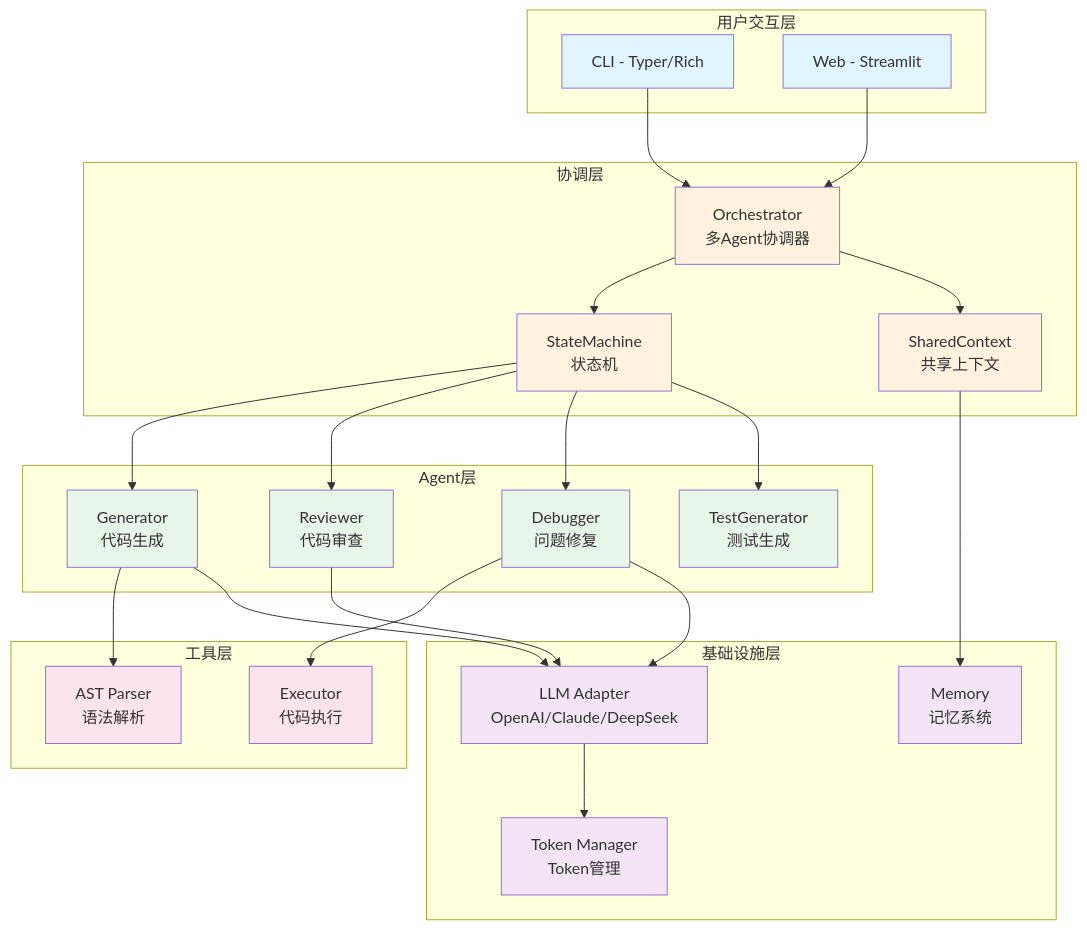
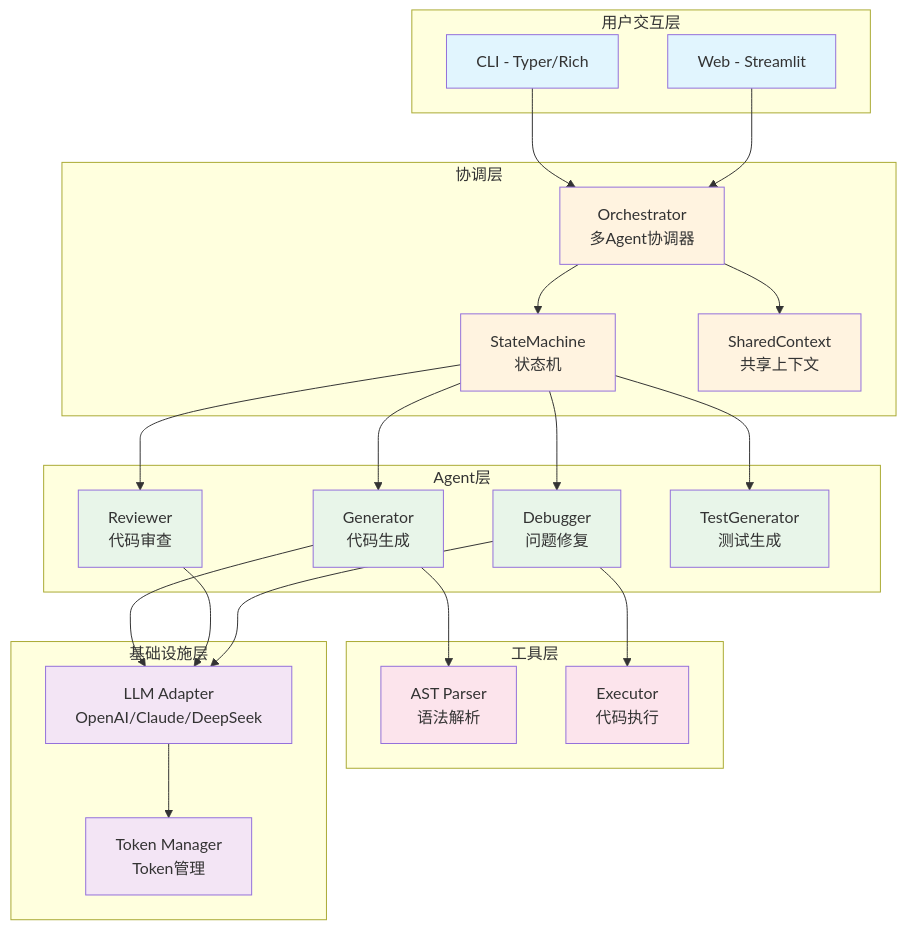
One commit to hhhhhhh520/CodeCraft-Agent changed the first of 6 diagrams in docs/assets/architecture.md. Above: the diagram before and after it, drawn with Mermaid. The commit also changed other lines of this file and 2 other files, not shown here.

Commit message:
docs: 同步移除记忆系统后的文档残留（README目录树/架构图/结构树/测试树）

````diff
--- a/docs/assets/architecture.md
+++ b/docs/assets/architecture.md
@@ -9,62 +9,59 @@
 ```mermaid
 graph TB
     subgraph 用户交互层
         CLI[CLI - Typer/Rich]
         WEB[Web - Streamlit]
     end
 
     subgraph 协调层
         ORC[Orchestrator<br/>多Agent协调器]
         SM[StateMachine<br/>状态机]
         CTX[SharedContext<br/>共享上下文]
     end
 
     subgraph Agent层
         GEN[Generator<br/>代码生成]
         REV[Reviewer<br/>代码审查]
         DBG[Debugger<br/>问题修复]
         TST[TestGenerator<br/>测试生成]
     end
 
     subgraph 工具层
         AST[AST Parser<br/>语法解析]
         EXE[Executor<br/>代码执行]
     end
 
     subgraph 基础设施层
         LLM[LLM Adapter<br/>OpenAI/Claude/DeepSeek]
-        MEM[Memory<br/>记忆系统]
         TOK[Token Manager<br/>Token管理]
     end
 
     CLI --> ORC
     WEB --> ORC
     ORC --> SM
     ORC --> CTX
     SM --> GEN
     SM --> REV
     SM --> DBG
     SM --> TST
     GEN --> AST
     DBG --> EXE
     GEN --> LLM
     REV --> LLM
     DBG --> LLM
     LLM --> TOK
-    CTX --> MEM
 
     style CLI fill:#e1f5fe
     style WEB fill:#e1f5fe
     style ORC fill:#fff3e0
     style SM fill:#fff3e0
     style CTX fill:#fff3e0
     style GEN fill:#e8f5e9
     style REV fill:#e8f5e9
     style DBG fill:#e8f5e9
     style TST fill:#e8f5e9
     style AST fill:#fce4ec
     style EXE fill:#fce4ec
     style LLM fill:#f3e5f5
-    style MEM fill:#f3e5f5
     style TOK fill:#f3e5f5
 ```
````
